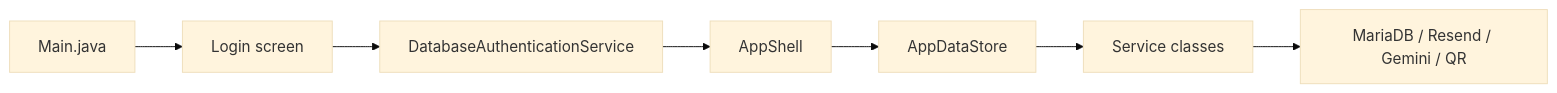
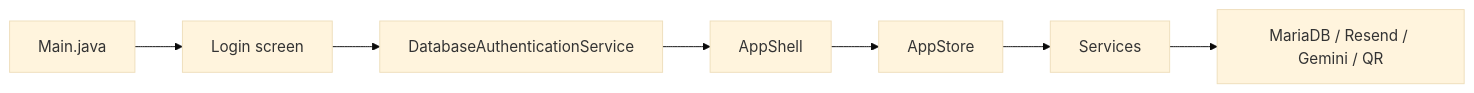
One commit to micoms/QrAttendance changed the diagram in README.md. Above: the diagram before and after it, drawn with Mermaid (base theme). The commit also changed other lines of this file and 62 other files, not shown here.

Commit message:
Rebuild QR Attend app with simpler flows and PHT scheduling

````diff
--- a/README.md
+++ b/README.md
@@ -37,9 +45,9 @@
 ```mermaid
 flowchart LR
     A["Main.java"] --> B["Login screen"]
     B --> C["DatabaseAuthenticationService"]
     C --> D["AppShell"]
-    D --> E["AppDataStore"]
-    E --> F["Service classes"]
+    D --> E["AppStore"]
+    E --> F["Services"]
     F --> G["MariaDB / Resend / Gemini / QR"]
 ```
````
